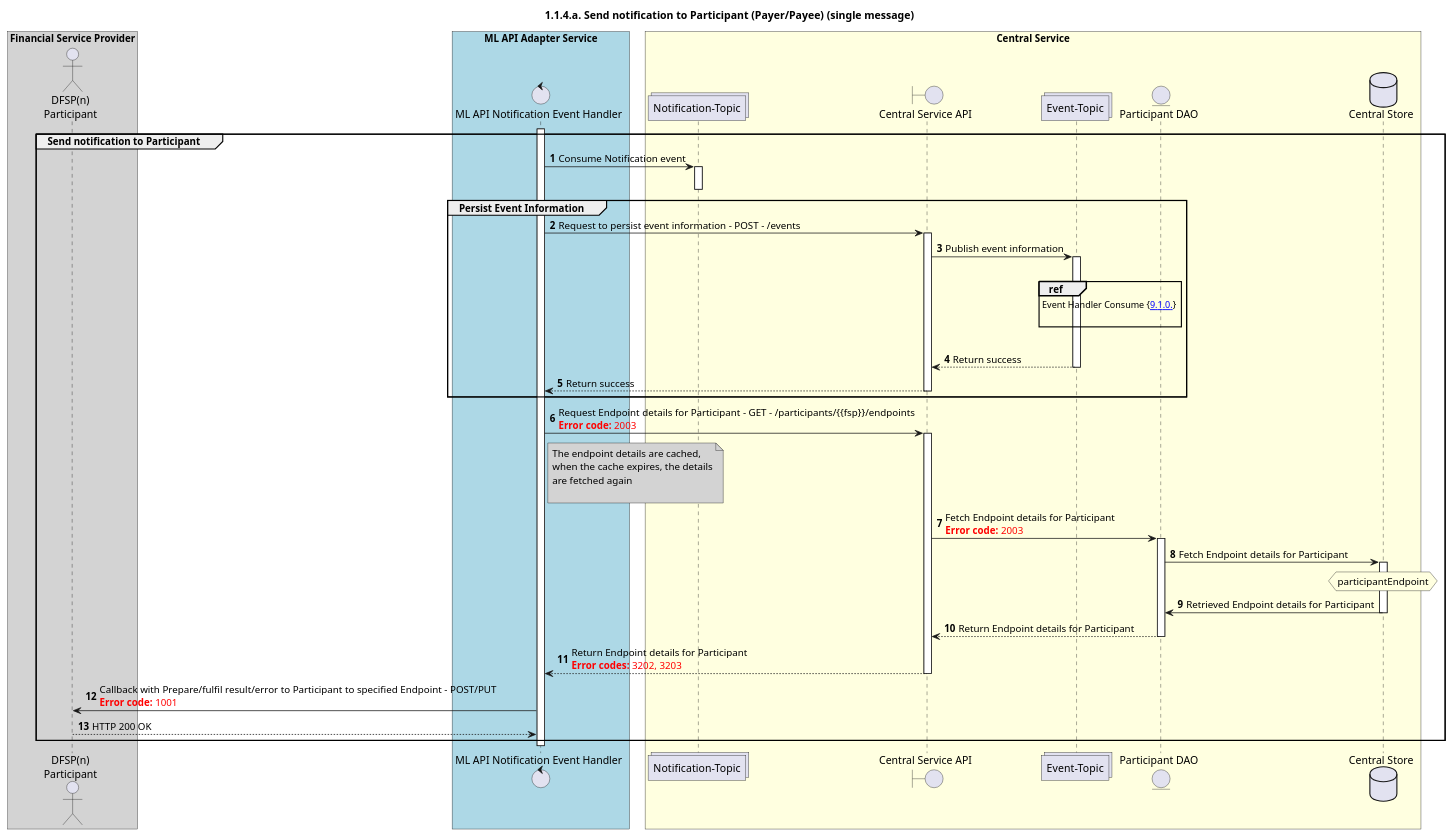
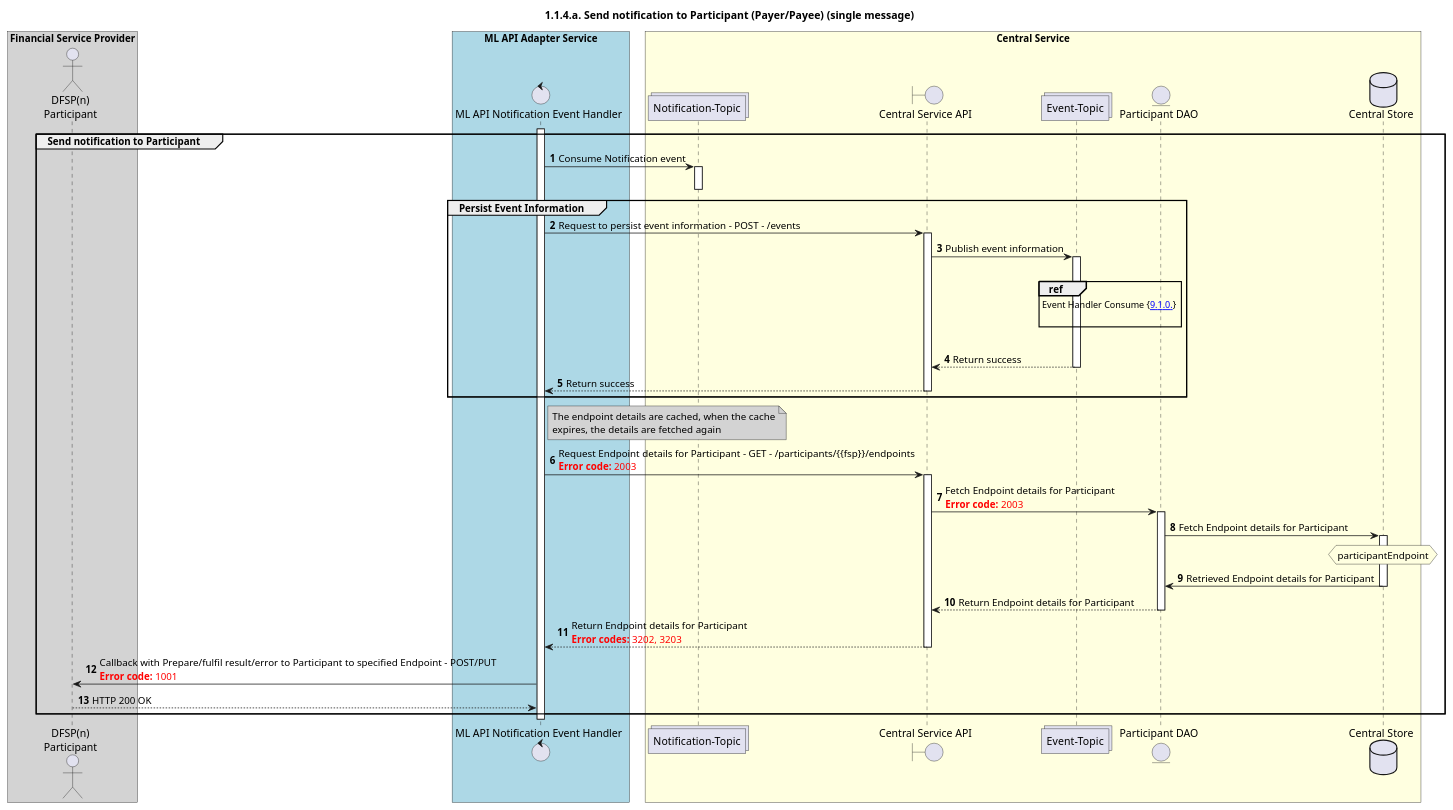
Before and after one commit to almatari1/docs-1: the diagram in Diagrams/SequenceDiagrams/seq-prepare-1.1.4.a.plantuml, drawn with PlantUML. The commit also changed 1 other file, not shown here.

```diff
--- a/Diagrams/SequenceDiagrams/seq-prepare-1.1.4.a.plantuml
+++ b/Diagrams/SequenceDiagrams/seq-prepare-1.1.4.a.plantuml
@@ -27,85 +27,83 @@
 @startuml
 ' declate title
 title 1.1.4.a. Send notification to Participant (Payer/Payee) (single message)
 
 autonumber
 
 ' Actor Keys:
 '   boundary - APIs/Interfaces, etc
 '   collections - Kafka Topics
 '   control - Kafka Consumers
 '   entity - Database Access Objects
 '   database - Database Persistance Store
 
 ' declare actors
 actor "DFSP(n)\nParticipant" as DFSP
 control "ML API Notification Event Handler" as NOTIFY_HANDLER
 boundary "Central Service API" as CSAPI
 collections "Notification-Topic" as TOPIC_NOTIFICATIONS
 collections "Event-Topic" as TOPIC_EVENTS
 entity "Participant DAO" as PARTICIPANT_DAO
 database "Central Store" as DB
 
 box "Financial Service Provider" #lightGray
 	participant DFSP
 end box
 
 box "ML API Adapter Service" #LightBlue
 	participant NOTIFY_HANDLER
 end box
 
 box "Central Service" #LightYellow
 participant TOPIC_NOTIFICATIONS
     participant CSAPI
     participant TOPIC_EVENTS
     participant PARTICIPANT_DAO
     participant DB
 end box
 
 ' start flow
 activate NOTIFY_HANDLER
 group Send notification to Participant
     TOPIC_NOTIFICATIONS <- NOTIFY_HANDLER: Consume Notification event
     activate TOPIC_NOTIFICATIONS
     deactivate TOPIC_NOTIFICATIONS
 
     group Persist Event Information
         NOTIFY_HANDLER -> CSAPI: Request to persist event information - POST - /events
         activate CSAPI
         CSAPI -> TOPIC_EVENTS: Publish event information
         activate TOPIC_EVENTS
         |||
         ref over TOPIC_EVENTS :  Event Handler Consume {[[https://github.com/mojaloop/docs/blob/develop/CentralServices/seq_diagrams/seq-event-9.1.0.svg 9.1.0.]]} \n
         |||
         TOPIC_EVENTS --> CSAPI: Return success
         deactivate TOPIC_EVENTS
         CSAPI --> NOTIFY_HANDLER: Return success
         deactivate CSAPI
     end
+    note right of NOTIFY_HANDLER #lightgray
+        The endpoint details are cached, when the cache
+        expires, the details are fetched again
+    end note
     NOTIFY_HANDLER -> CSAPI: Request Endpoint details for Participant - GET - /participants/{{fsp}}/endpoints\n<color #FF0000><b>Error code:</b> 2003</color>
-    note right of NOTIFY_HANDLER #lightgray
-        The endpoint details are cached,
-        when the cache expires, the details
-        are fetched again
-
-    end note
 
     activate CSAPI
     CSAPI -> PARTICIPANT_DAO: Fetch Endpoint details for Participant\n<color #FF0000><b>Error code:</b> 2003</color>
     activate PARTICIPANT_DAO
     PARTICIPANT_DAO -> DB: Fetch Endpoint details for Participant
     activate DB
     hnote over DB #lightyellow
         participantEndpoint
     end note
     DB -> PARTICIPANT_DAO: Retrieved Endpoint details for Participant
     deactivate DB
     PARTICIPANT_DAO --> CSAPI: Return Endpoint details for Participant
     deactivate PARTICIPANT_DAO
     CSAPI --> NOTIFY_HANDLER: Return Endpoint details for Participant\n<color #FF0000><b>Error codes:</b> 3202, 3203</color>
     deactivate CSAPI
     NOTIFY_HANDLER -> DFSP: Callback with Prepare/fulfil result/error to Participant to specified Endpoint - POST/PUT \n<color #FF0000><b>Error code:</b> 1001</color>
     NOTIFY_HANDLER <-- DFSP: HTTP 200 OK 
 end
 deactivate NOTIFY_HANDLER
 @enduml
```
